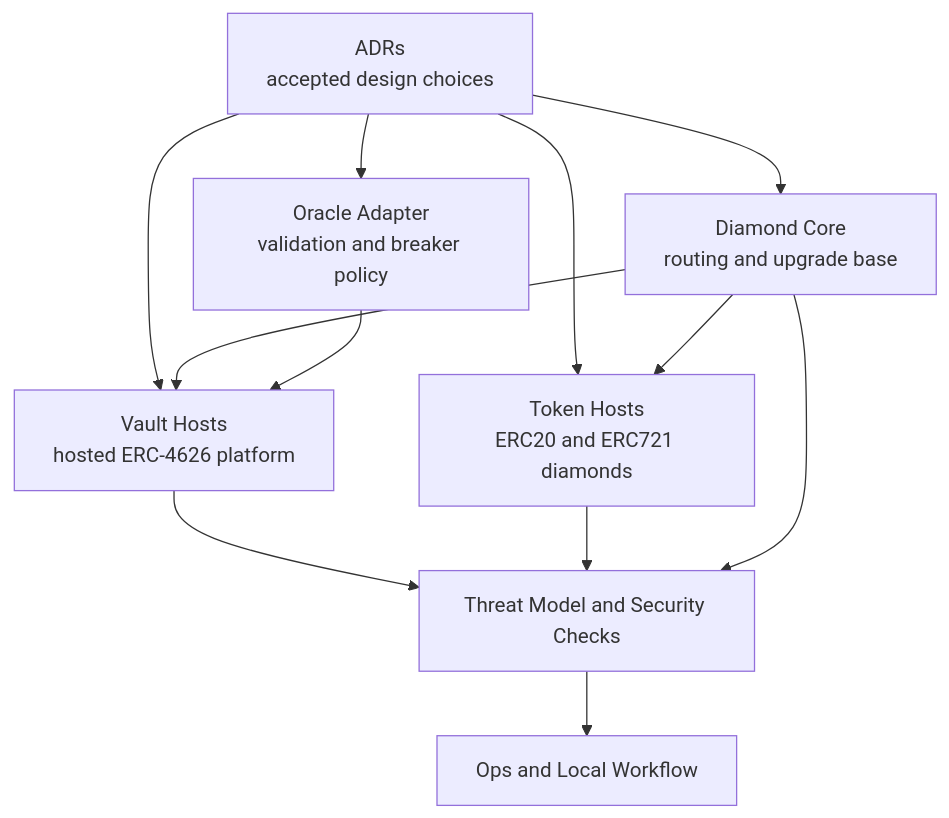
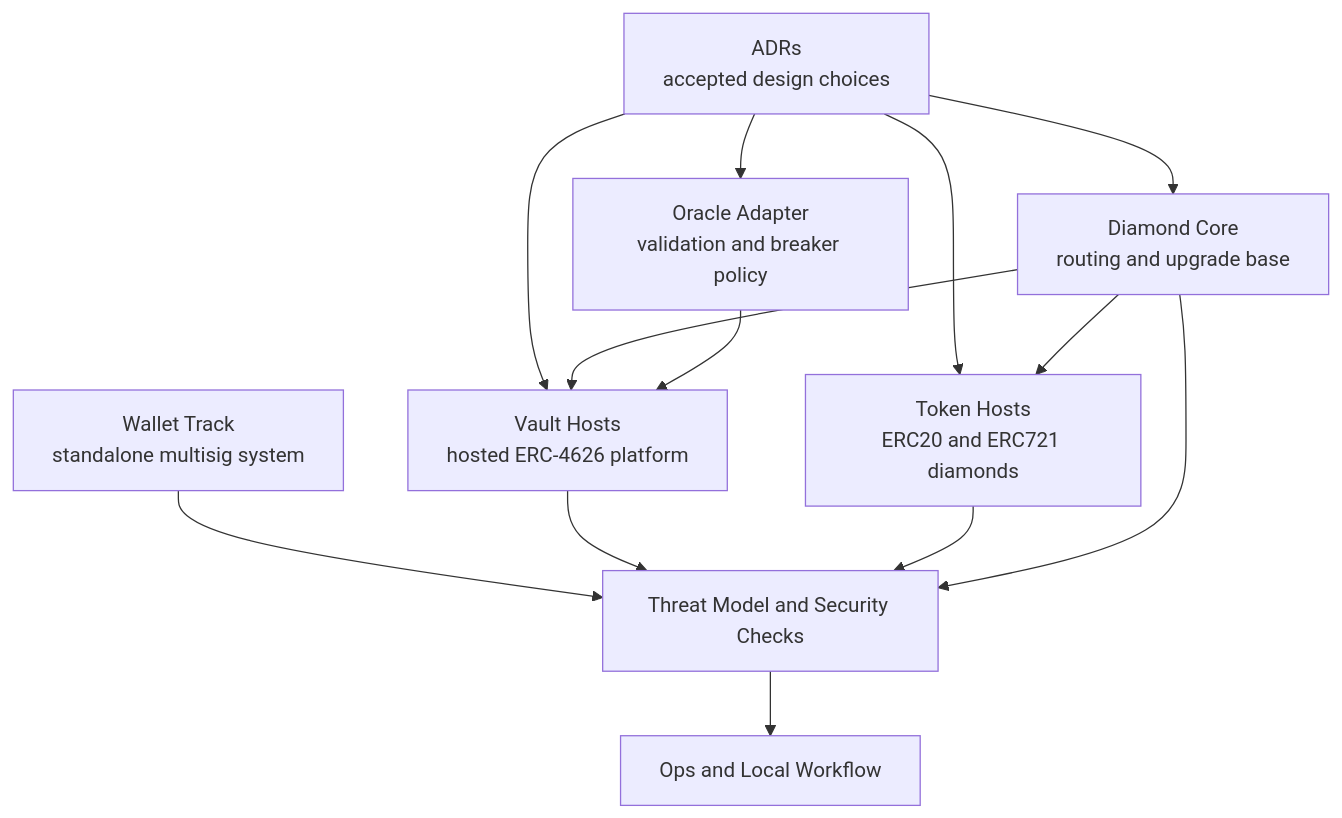
One commit to amshirif/Auralis changed the diagram in docs/README.md. Above: the diagram before and after it, drawn with Mermaid. The commit also changed other lines of this file and 4 other files, not shown here.

Commit message:
Document multisig wallet reviewer surface

````diff
--- a/docs/README.md
+++ b/docs/README.md
@@ -11,22 +17,24 @@
 ```mermaid
 flowchart TD
     ADR["ADRs<br/>accepted design choices"]
     Core["Diamond Core<br/>routing and upgrade base"]
     Token["Token Hosts<br/>ERC20 and ERC721 diamonds"]
     Vault["Vault Hosts<br/>hosted ERC-4626 platform"]
+    Wallet["Wallet Track<br/>standalone multisig system"]
     Oracle["Oracle Adapter<br/>validation and breaker policy"]
     Security["Threat Model and Security Checks"]
     Ops["Ops and Local Workflow"]
 
     ADR --> Core
     ADR --> Token
     ADR --> Vault
+    Wallet --> Security
     ADR --> Oracle
     Core --> Token
     Core --> Vault
     Oracle --> Vault
     Vault --> Security
     Token --> Security
     Core --> Security
     Security --> Ops
 ```
````
